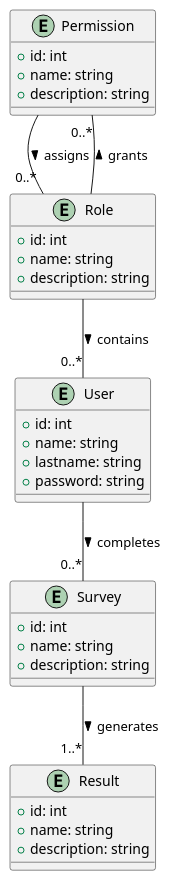
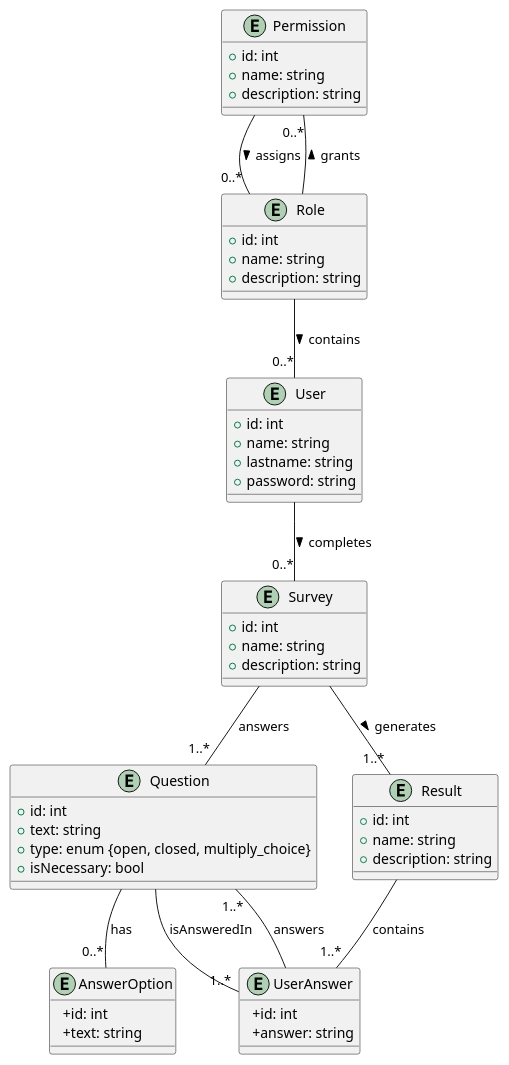
One commit to manabr0w/DB_COURSE_WORK changed the second of 2 diagrams in docs/design/README.md. Above: the diagram before and after it, drawn with PlantUML.

Commit message:
added more entities linked to Survey and Result

```diff
--- a/docs/design/README.md
+++ b/docs/design/README.md
@@ -70,41 +70,64 @@
 @startuml
 
 entity Permission {
   +id: int
   +name: string
   +description: string
 }
 
 entity Role {
   +id: int
   +name: string
   +description: string
 }
 
 entity User {
   +id: int
   +name: string
   +lastname: string
   +password: string
 }
 
 entity Survey {
   +id: int
   +name: string
   +description: string
 }
 
+entity Question {
+  +id: int
+  +text: string
+  +type: enum {open, closed, multiply_choice}
+  +isNecessary: bool
+}
+
 entity Result {
   +id: int
   +name: string
   +description: string
+}
+
+entity AnswerOption {
+  +id: int
+  +text: string
+}
+
+entity UserAnswer {
+  +id: int
+  +answer: string
 }
 
 Permission -- "0..*" Role : assigns >
 Role -- "0..*" User : contains >
 Role -- "0..*" Permission : grants >
 
 User -- "0..*" Survey : completes >
+Survey -- "1..*" Question : answers
 Survey -- "1..*" Result : generates >
+Question -- "0..*" AnswerOption : has
+Result -- "1..*" UserAnswer : contains
+UserAnswer -- "1..*" Question : answers
+Question -- "1..*" UserAnswer : isAnsweredIn
+
 
 @enduml
```
